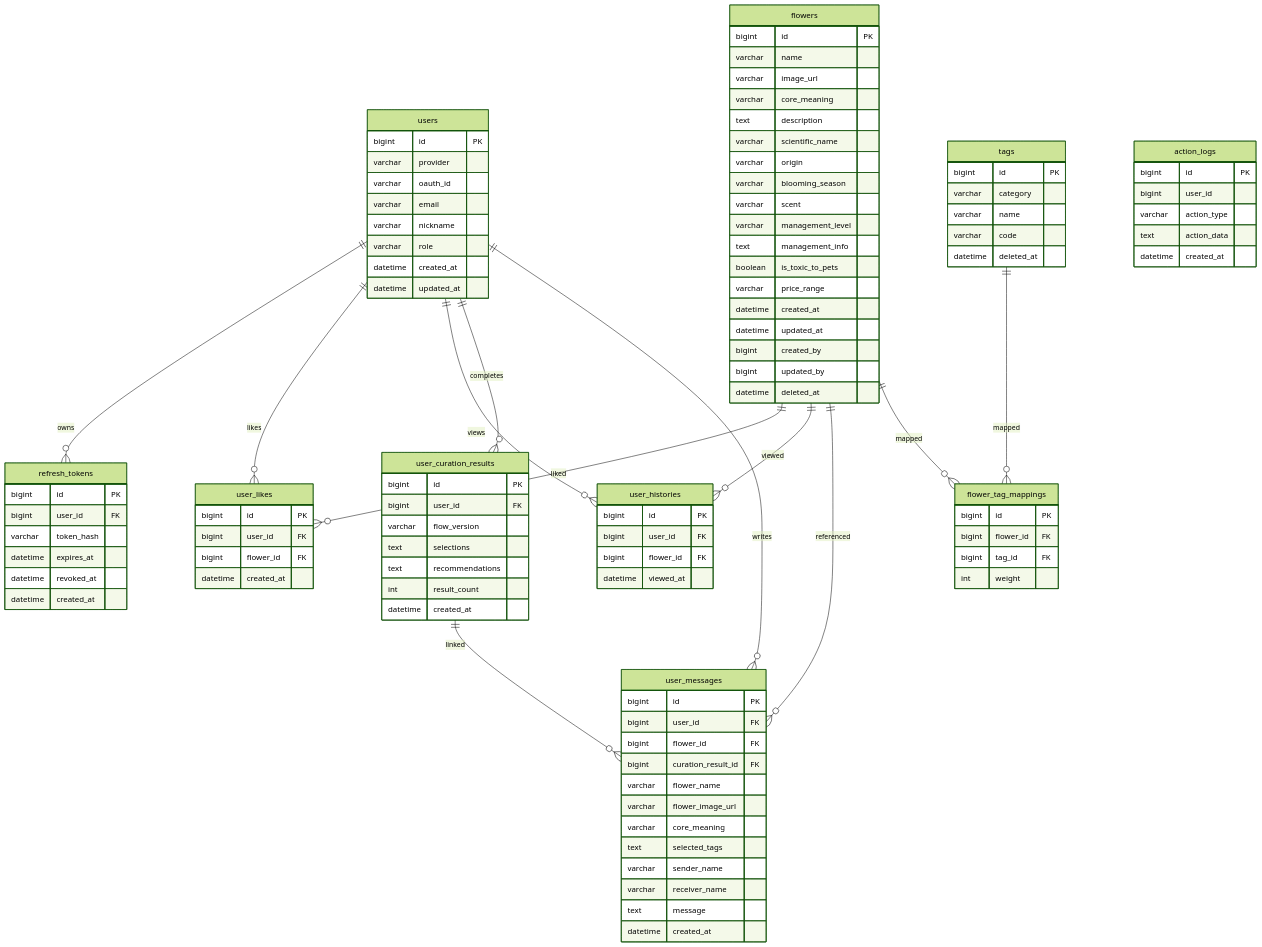
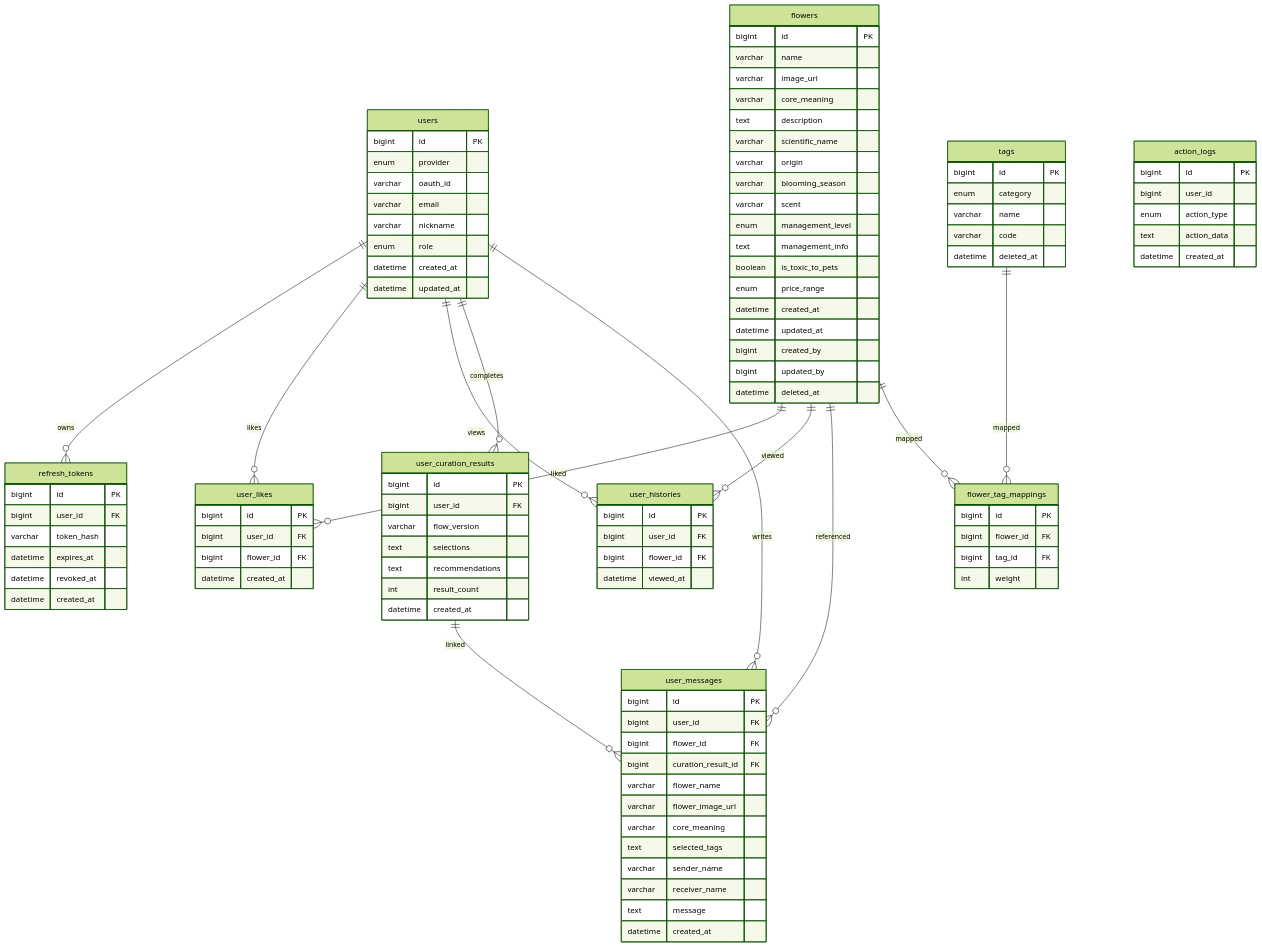
Before and after one commit to xiuiworld/meanhwa_back: the diagram in docs/database-schema.md, drawn with Mermaid (forest theme). The commit also changed other lines of this file and 3 other files, not shown here.

Commit message:
fix: align flyway mysql enum schema

```diff
--- a/docs/database-schema.md
+++ b/docs/database-schema.md
@@ -85,11 +85,11 @@
 
     users {
         bigint id PK
-        varchar provider
+        enum provider
         varchar oauth_id
         varchar email
         varchar nickname
-        varchar role
+        enum role
         datetime created_at
         datetime updated_at
     }
@@ -104,10 +104,10 @@
         varchar origin
         varchar blooming_season
         varchar scent
-        varchar management_level
+        enum management_level
         text management_info
         boolean is_toxic_to_pets
-        varchar price_range
+        enum price_range
         datetime created_at
         datetime updated_at
         bigint created_by
@@ -117,7 +117,7 @@
 
     tags {
         bigint id PK
-        varchar category
+        enum category
         varchar name
         varchar code
         datetime deleted_at
@@ -181,7 +181,7 @@
     action_logs {
         bigint id PK
         bigint user_id
-        varchar action_type
+        enum action_type
         text action_data
         datetime created_at
     }
```
